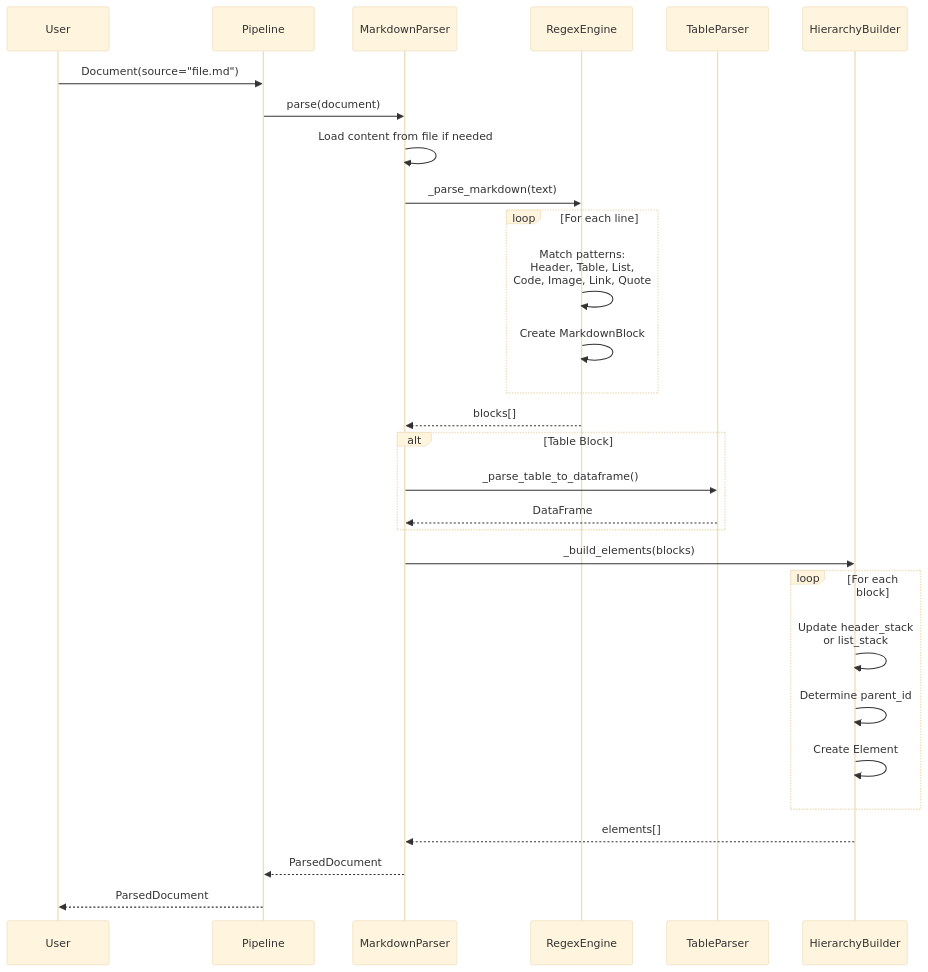
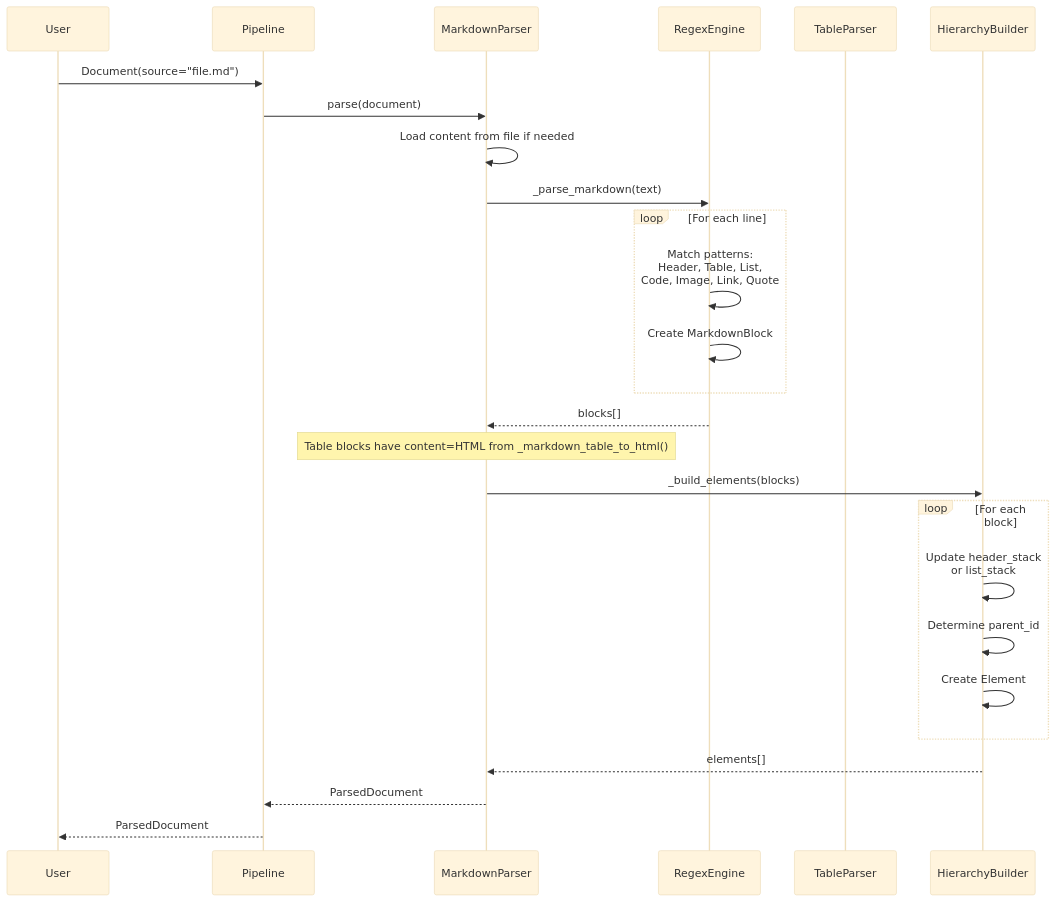
The second of 2 diagrams in docs/MARKDOWN_PARSER.md (aimclub/documentor), drawn with Mermaid (base theme) before and after one commit. The commit also changed other lines of this file and 4 other files, not shown here.

First line of the commit message:
update architecture diagram (#41)

````diff
--- a/docs/MARKDOWN_PARSER.md
+++ b/docs/MARKDOWN_PARSER.md
@@ -196,41 +193,38 @@
 ```mermaid
 sequenceDiagram
     participant User
     participant Pipeline
     participant MarkdownParser
     participant RegexEngine
     participant TableParser
     participant HierarchyBuilder
     
     User->>Pipeline: Document(source="file.md")
     Pipeline->>MarkdownParser: parse(document)
     
     MarkdownParser->>MarkdownParser: Load content from file if needed
     
     MarkdownParser->>RegexEngine: _parse_markdown(text)
     
     loop For each line
         RegexEngine->>RegexEngine: Match patterns:<br/>Header, Table, List,<br/>Code, Image, Link, Quote
         RegexEngine->>RegexEngine: Create MarkdownBlock
     end
     
     RegexEngine-->>MarkdownParser: blocks[]
     
-    alt Table Block
-        MarkdownParser->>TableParser: _parse_table_to_dataframe()
-        TableParser-->>MarkdownParser: DataFrame
-    end
+    Note over MarkdownParser: Table blocks have content=HTML from _markdown_table_to_html()
     
     MarkdownParser->>HierarchyBuilder: _build_elements(blocks)
     
     loop For each block
         HierarchyBuilder->>HierarchyBuilder: Update header_stack<br/>or list_stack
         HierarchyBuilder->>HierarchyBuilder: Determine parent_id
         HierarchyBuilder->>HierarchyBuilder: Create Element
     end
     
     HierarchyBuilder-->>MarkdownParser: elements[]
     
     MarkdownParser-->>Pipeline: ParsedDocument
     Pipeline-->>User: ParsedDocument
 ```
````
